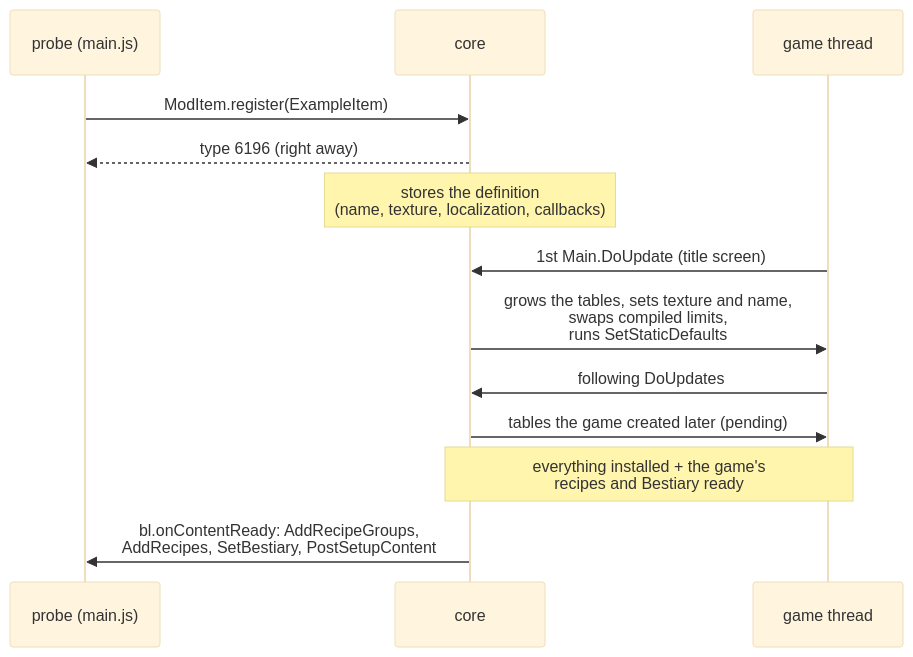
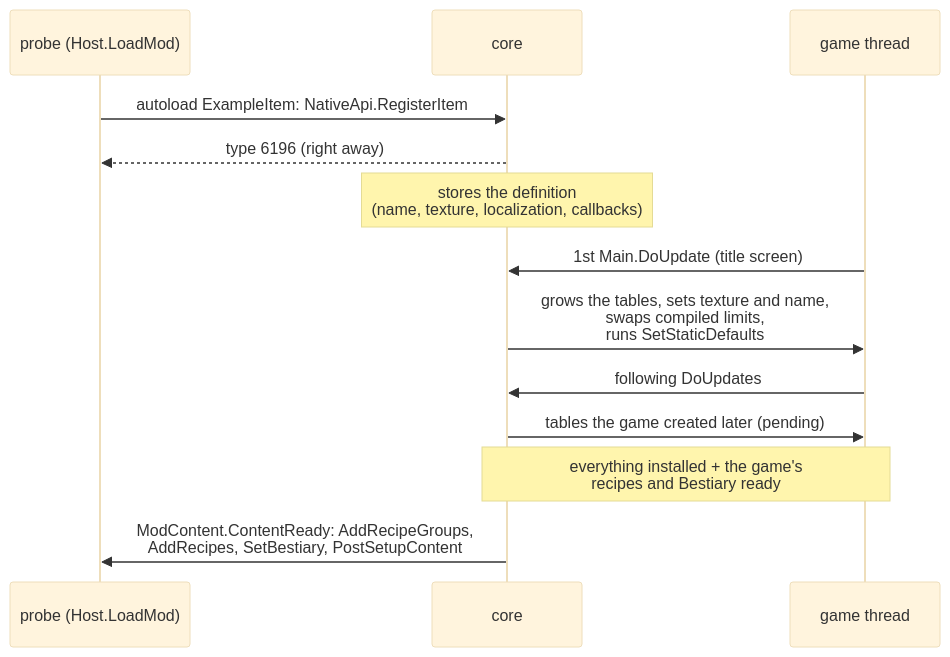
One commit to JonataOliveiraa/Bunny-Loader changed the diagram in docs/nucleo/conteudo.md. Above: the diagram before and after it, drawn with Mermaid (base theme). The commit also changed other lines of this file and 33 other files, not shown here.

````diff
--- a/docs/nucleo/conteudo.md
+++ b/docs/nucleo/conteudo.md
@@ -46,15 +46,15 @@
 ```mermaid
 sequenceDiagram
-    participant S as probe (main.js)
+    participant S as probe (Host.LoadMod)
     participant N as core
     participant G as game thread
-    S->>N: ModItem.register(ExampleItem)
+    S->>N: autoload ExampleItem: NativeApi.RegisterItem
     N-->>S: type 6196 (right away)
     Note over N: stores the definition<br/>(name, texture, localization, callbacks)
     G->>N: 1st Main.DoUpdate (title screen)
     N->>G: grows the tables, sets texture and name,<br/>swaps compiled limits,<br/>runs SetStaticDefaults
     G->>N: following DoUpdates
     N->>G: tables the game created later (pending)
     Note over N,G: everything installed + the game's<br/>recipes and Bestiary ready
-    N->>S: bl.onContentReady: AddRecipeGroups,<br/>AddRecipes, SetBestiary, PostSetupContent
+    N->>S: ModContent.ContentReady: AddRecipeGroups,<br/>AddRecipes, SetBestiary, PostSetupContent
 ```
````
